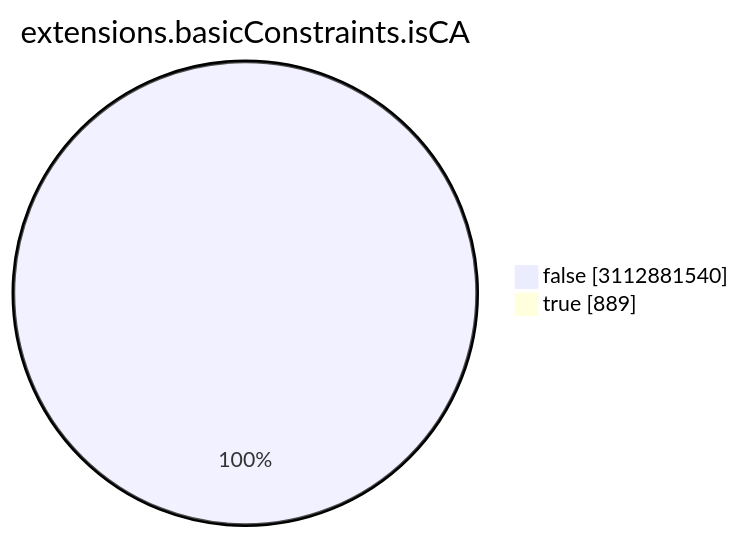
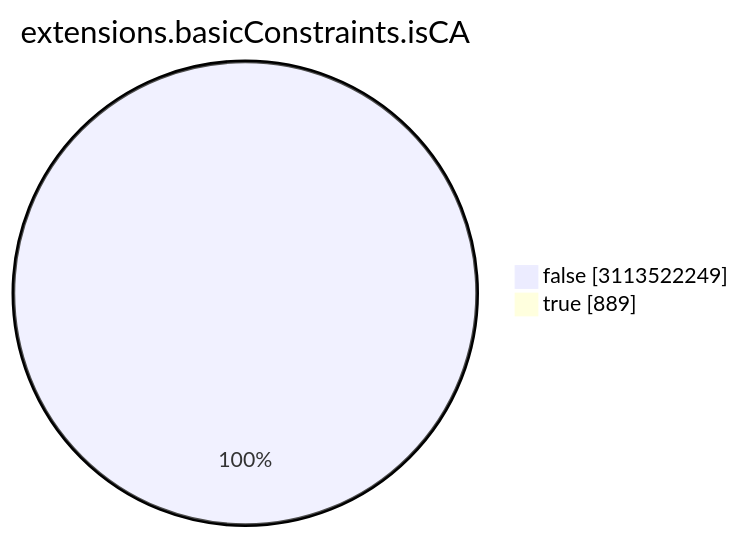
The seventh of 15 diagrams in TOTAL/README.md (christiankrug/ctmonitor_visualization), drawn with Mermaid before and after one commit. The commit also changed other lines of this file, not shown here.

````diff
--- a/TOTAL/README.md
+++ b/TOTAL/README.md
@@ -3088,6 +3088,6 @@
 ```mermaid
 pie showData
 title extensions.basicConstraints.isCA
-"false" :3112881540
+"false" :3113522249
 "true" :889
 ```
````
